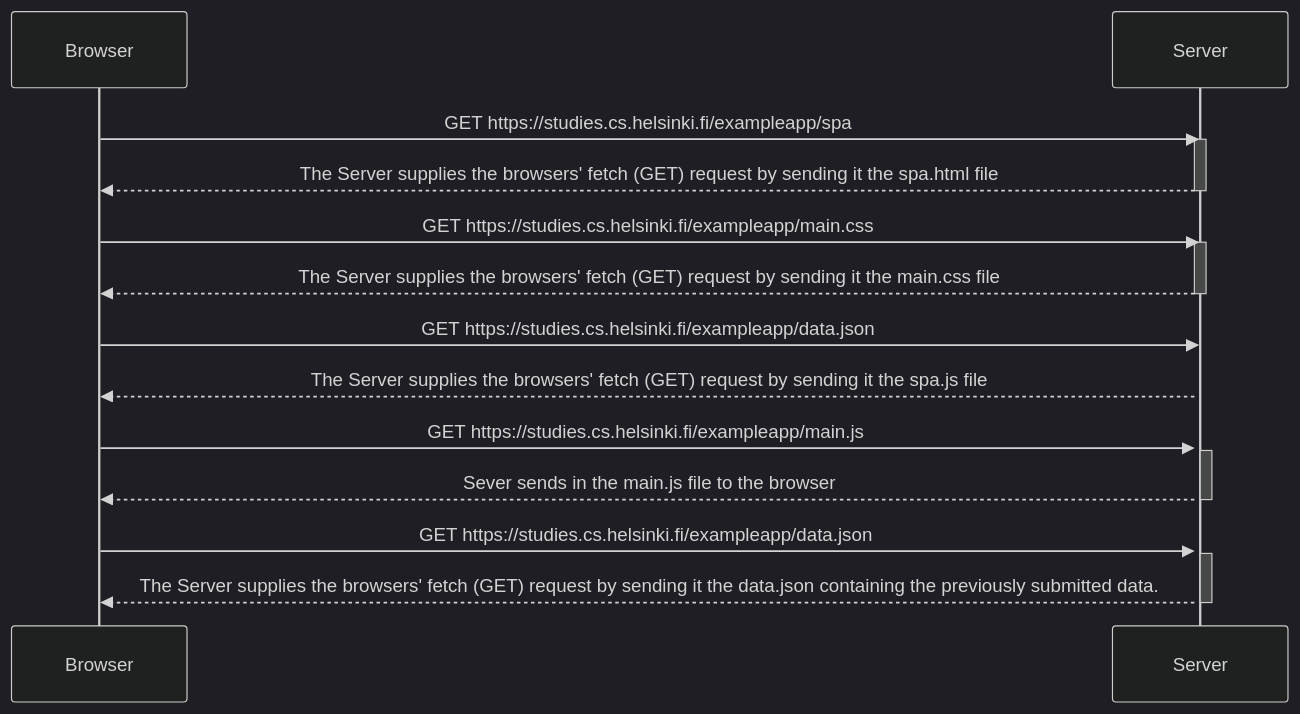
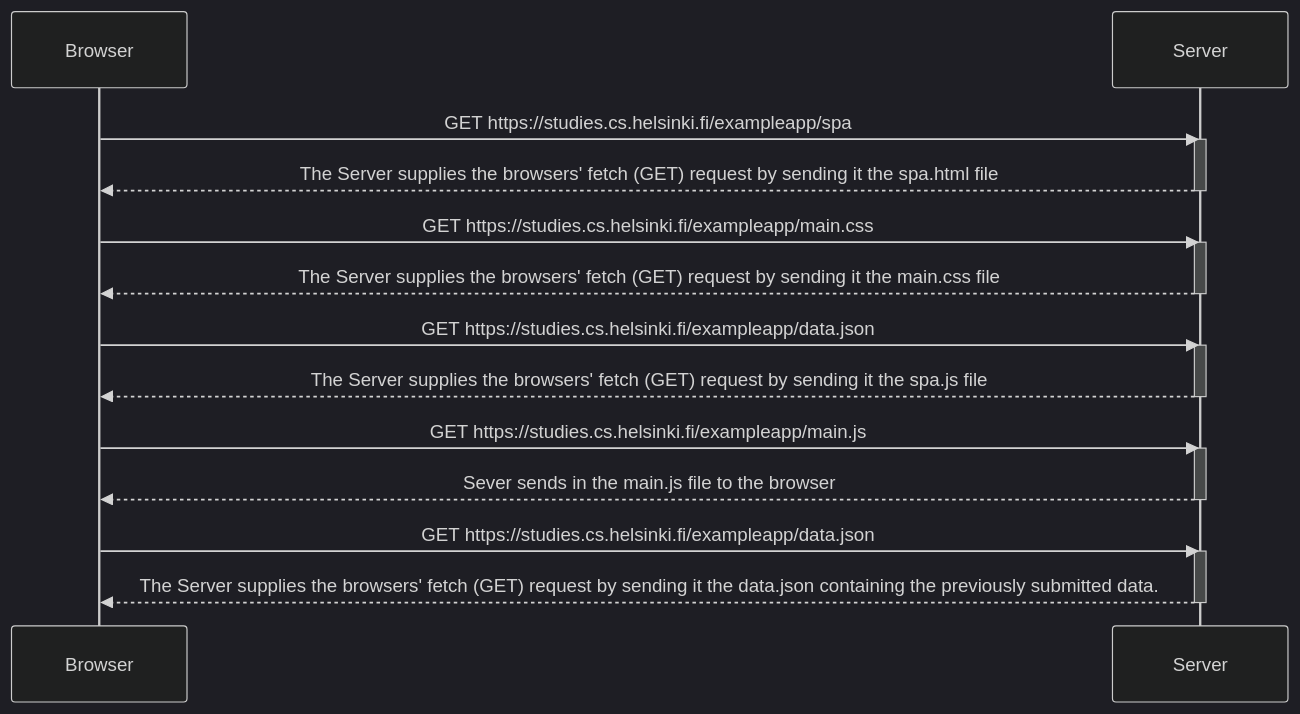
One commit to Abiodun-Sabitu/fsopen23 changed the diagram in Part0/0.5- Single page app diagram.md. Above: the diagram before and after it, drawn with Mermaid (dark theme).

Commit message:
0.5 updated

````diff
--- a/Part0/0.5- Single page app diagram.md
+++ b/Part0/0.5- Single page app diagram.md
@@ -5,25 +5,26 @@
 ```mermaid
 sequenceDiagram
 participant A as Browser
 participant S as Server
 
 A ->> S: GET https://studies.cs.helsinki.fi/exampleapp/spa
 activate S
 S -->> A: The Server supplies the browsers' fetch (GET) request by sending it the spa.html file
 deactivate S
 A ->> S: GET https://studies.cs.helsinki.fi/exampleapp/main.css
 activate S
 S -->> A: The Server supplies the browsers' fetch (GET) request by sending it the main.css file
 deactivate S
 A ->> S: GET https://studies.cs.helsinki.fi/exampleapp/data.json
 activate S
 S -->> A: The Server supplies the browsers' fetch (GET) request by sending it the spa.js file
+deactivate S
 A ->> S: GET https://studies.cs.helsinki.fi/exampleapp/main.js
 activate S
 S -->> A: Sever sends in the main.js file to the browser
 deactivate S
 A ->> S: GET https://studies.cs.helsinki.fi/exampleapp/data.json
 activate S
 S -->> A: The Server supplies the browsers' fetch (GET) request by sending it the data.json containing the previously submitted data.
 deactivate S
 ```
````
